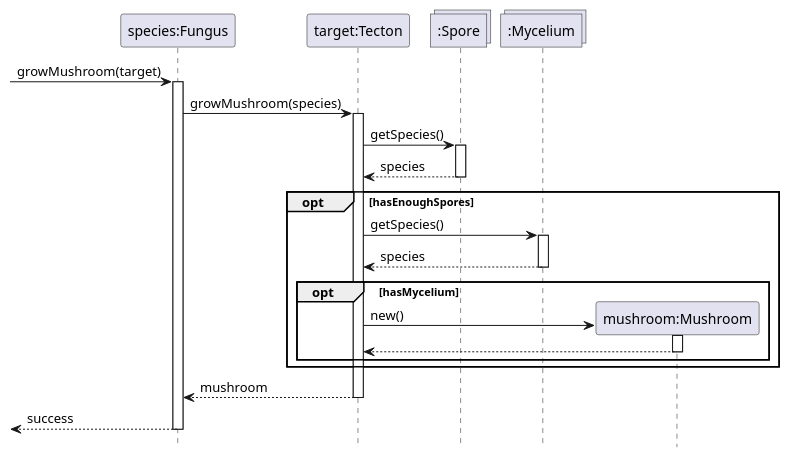
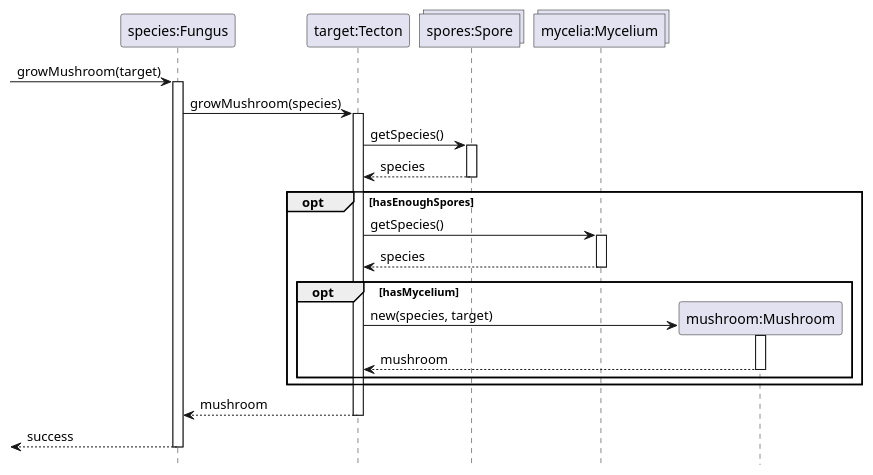
Before and after one commit to ZD4ve/projlab-error521: the diagram in Fungus/grow-mushroom.pu, drawn with PlantUML. The commit also changed 3 other files, not shown here.

```diff
--- a/Fungus/grow-mushroom.pu
+++ b/Fungus/grow-mushroom.pu
@@ -1,36 +1,36 @@
 @startuml Fungus/grow-mushroom
 hide footbox
 
 participant "species:Fungus" as fungus
 participant "target:Tecton" as target
-collections ":Spore" as spore
-collections ":Mycelium" as mycelium
+collections "spores:Spore" as spore
+collections "mycelia:Mycelium" as mycelium
 participant "mushroom:Mushroom" as mushroom
 
 -> fungus : growMushroom(target)
 activate fungus
 
 fungus -> target: growMushroom(species)
 activate target
 
 target -> spore : getSpecies()
 activate spore
 return species
 
 opt hasEnoughSpores
     target -> mycelium : getSpecies()
     activate mycelium
     return species
     opt hasMycelium
         create mushroom
-        target -> mushroom : new()
+        target -> mushroom : new(species, target)
         activate mushroom
-        return
+        return mushroom
     end
 end
 
 return mushroom
 
 return success
 
 @enduml
```
